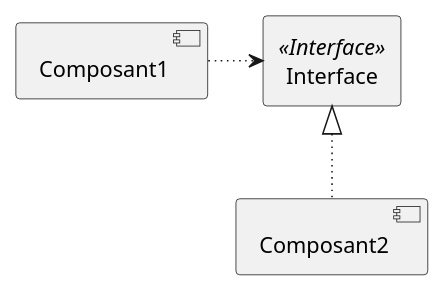
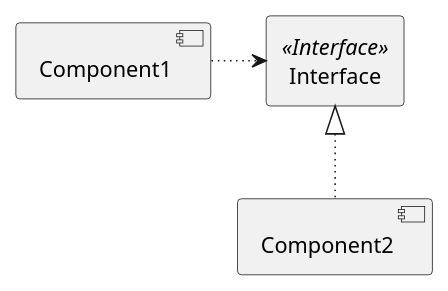
One commit to gigl-uml/Guide_uml_polymtl changed the diagram in plant_uml/interfaceDependenciesExample.plantuml. Above: the diagram before and after it, drawn with PlantUML. The commit also changed 17 other files, not shown here.

Commit message:
Added deployment section of deployment diagram

```diff
--- a/plant_uml/interfaceDependenciesExample.plantuml
+++ b/plant_uml/interfaceDependenciesExample.plantuml
@@ -1,10 +1,10 @@
 @startuml
 hide circle
 
-component Composant1
-component Composant2
+component Component1
+component Component2
 rectangle Interface <<Interface>>
 
-Interface <-l[dotted]- Composant1
-Interface <|-[dotted]- Composant2
+Interface <-[dotted]l- Component1
+Interface <|-[dotted]- Component2
 @enduml
```
